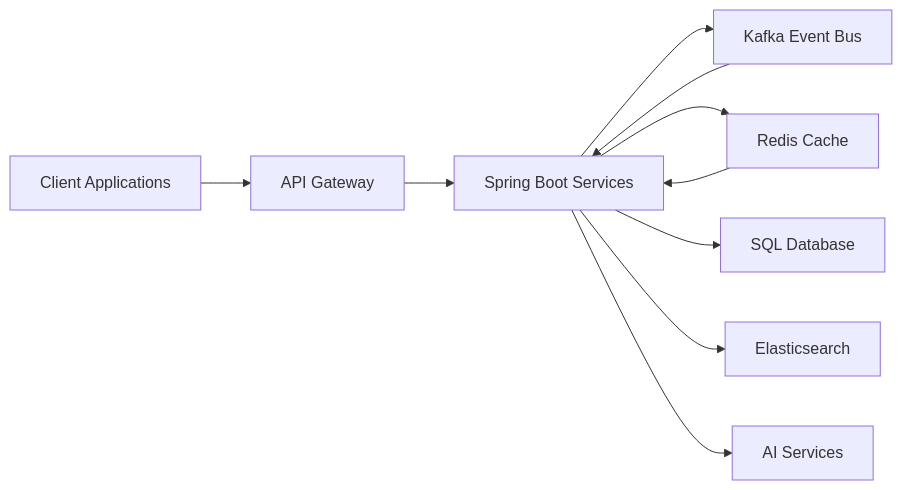
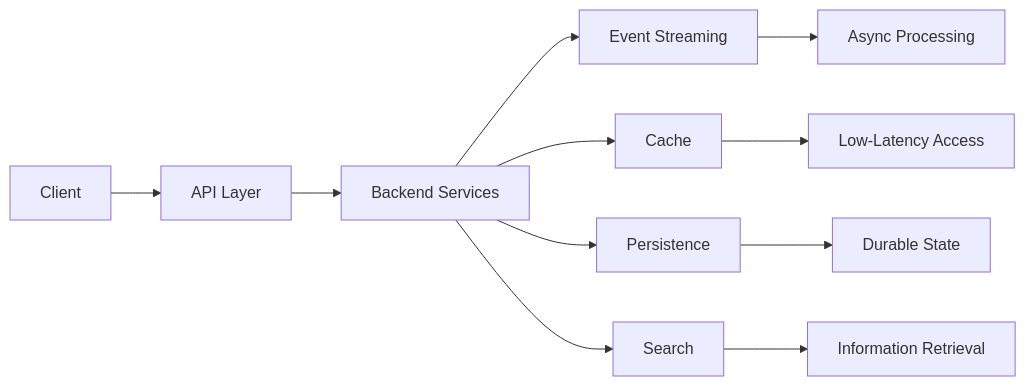
Before and after one commit to Karansingh1999/Karansingh1999: the diagram in README.md, drawn with Mermaid. The commit also changed other lines of this file, not shown here.

````diff
--- a/README.md
+++ b/README.md
@@ -178,37 +211,15 @@
-```mermaid
+```mermaid id="w1z4k9"
 flowchart LR
+    A["Client"] --> B["API Layer"]
+    B --> C["Backend Services"]
 
-Client["Client Applications"]
+    C --> D["Event Streaming"]
+    C --> E["Cache"]
+    C --> F["Persistence"]
+    C --> G["Search"]
 
-Gateway["API Gateway"]
-
-Backend["Spring Boot Services"]
-
-Kafka["Kafka Event Bus"]
-
-Redis["Redis Cache"]
-
-SQL["SQL Database"]
-
-Elastic["Elasticsearch"]
-
-AI["AI Services"]
-
-Client --> Gateway
-
-Gateway --> Backend
-
-Backend --> Kafka
-
-Backend --> Redis
-
-Backend --> SQL
-
-Backend --> Elastic
-
-Backend --> AI
-
-Kafka --> Backend
-
-Redis --> Backend
+    D --> H["Async Processing"]
+    E --> I["Low-Latency Access"]
+    F --> J["Durable State"]
+    G --> K["Information Retrieval"]
 ```
````
